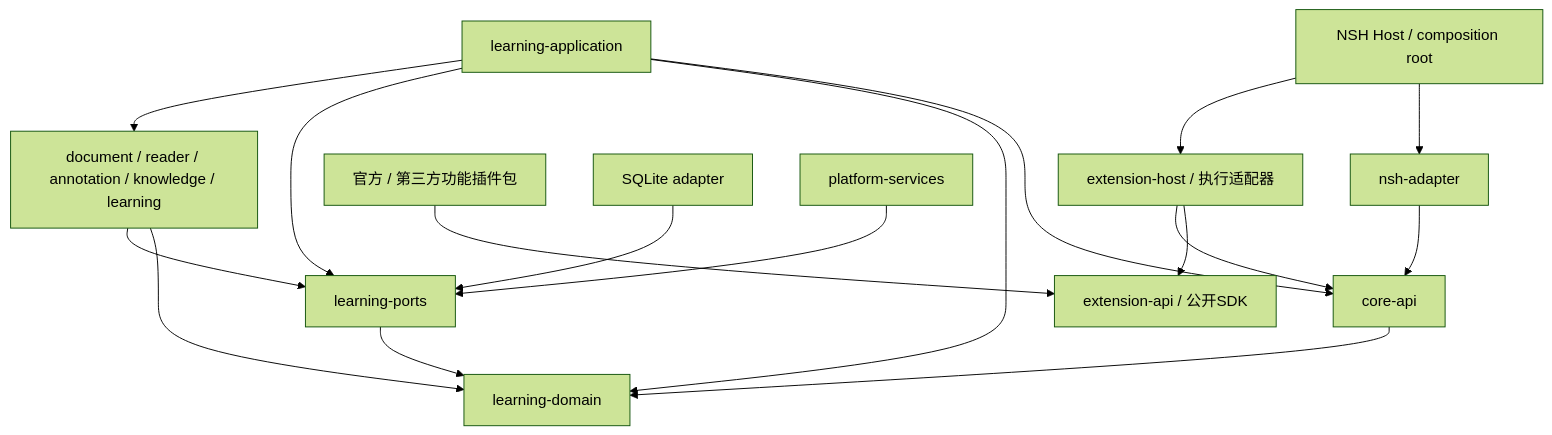
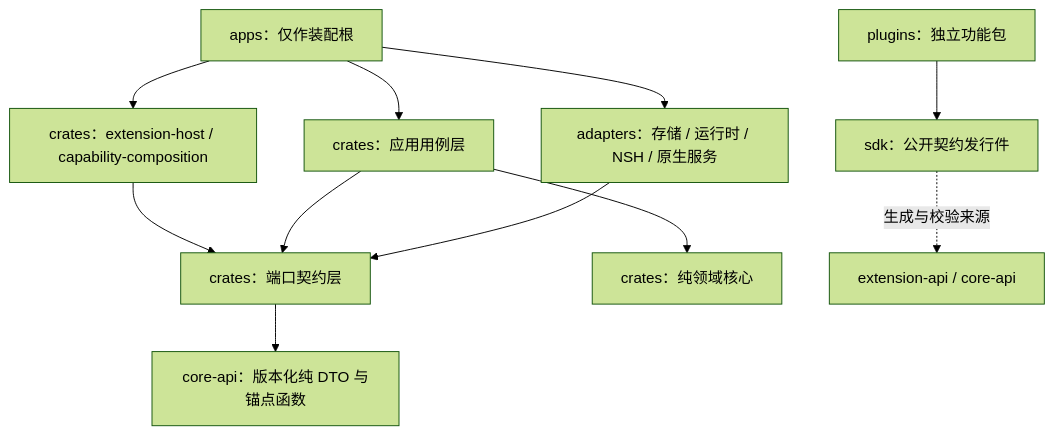
Before and after one commit to csic21/qusor: the second of 2 diagrams in docs/architecture/README.md, drawn with Mermaid (forest theme). The commit also changed other lines of this file and 10 other files, not shown here.

````diff
--- a/docs/architecture/README.md
+++ b/docs/architecture/README.md
@@ -59,19 +86,13 @@
 ```mermaid
 flowchart TD
-    Host["NSH Host / composition root"] --> Adapter["nsh-adapter"]
-    Adapter --> API["core-api"]
-    Host --> Extensions["extension-host / 执行适配器"]
-    Extensions --> ExtensionAPI["extension-api / 公开SDK"]
-    Features["官方 / 第三方功能插件包"] --> ExtensionAPI
-    Extensions --> API
-    App["learning-application"] --> API
-    App --> Domain["learning-domain"]
-    App --> Ports["learning-ports"]
-    Ports --> Domain
-    API --> Domain
-    Storage["SQLite adapter"] --> Ports
-    Platform["platform-services"] --> Ports
-    Engines["document / reader / annotation / knowledge / learning"] --> Domain
-    Engines --> Ports
-    App --> Engines
+    Host["apps：仅作装配根"] --> HostCore["crates：extension-host / capability-composition"]
+    Host --> App["crates：应用用例层"]
+    Host --> Adapters["adapters：存储 / 运行时 / NSH / 原生服务"]
+    HostCore --> Ports["crates：端口契约层"]
+    App --> Ports
+    App --> Domain["crates：纯领域核心"]
+    Ports --> CoreAPI["core-api：版本化纯 DTO 与锚点函数"]
+    Adapters --> Ports
+    Plugins["plugins：独立功能包"] --> SDK["sdk：公开契约发行件"]
+    SDK -. "生成与校验来源" .-> ExtAPI["extension-api / core-api"]
 ```
````
